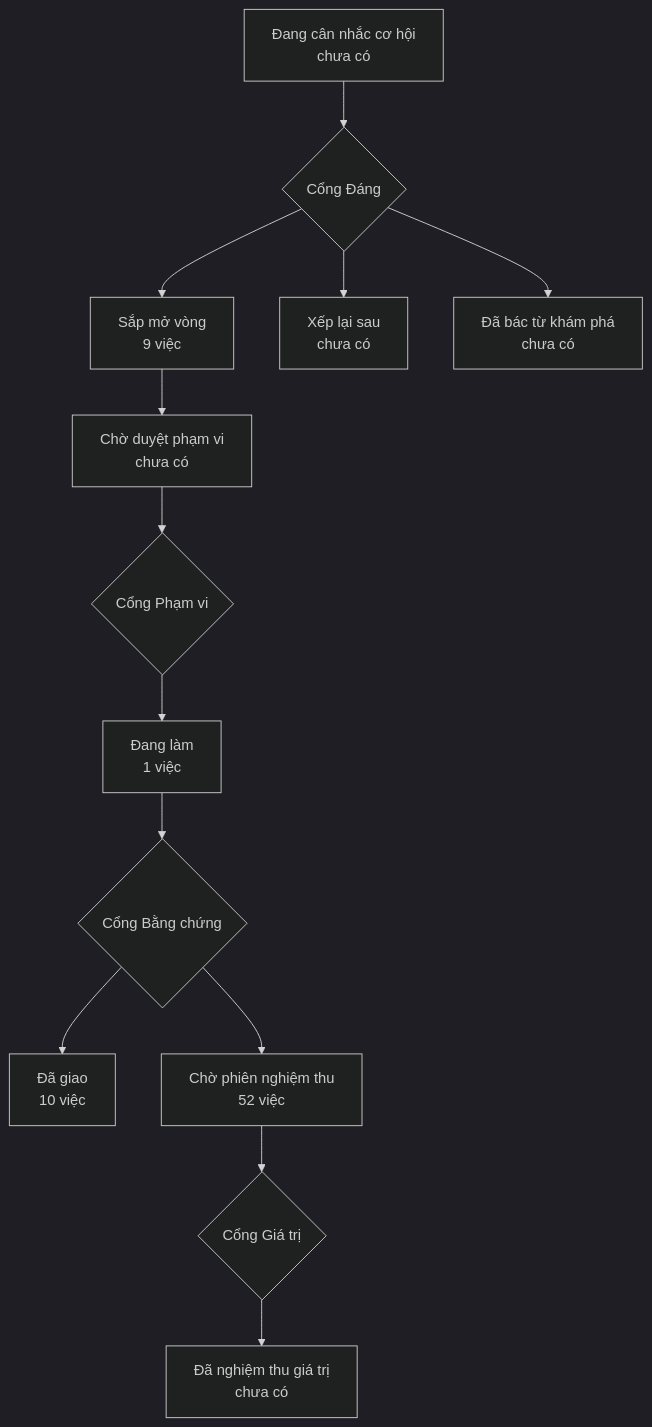
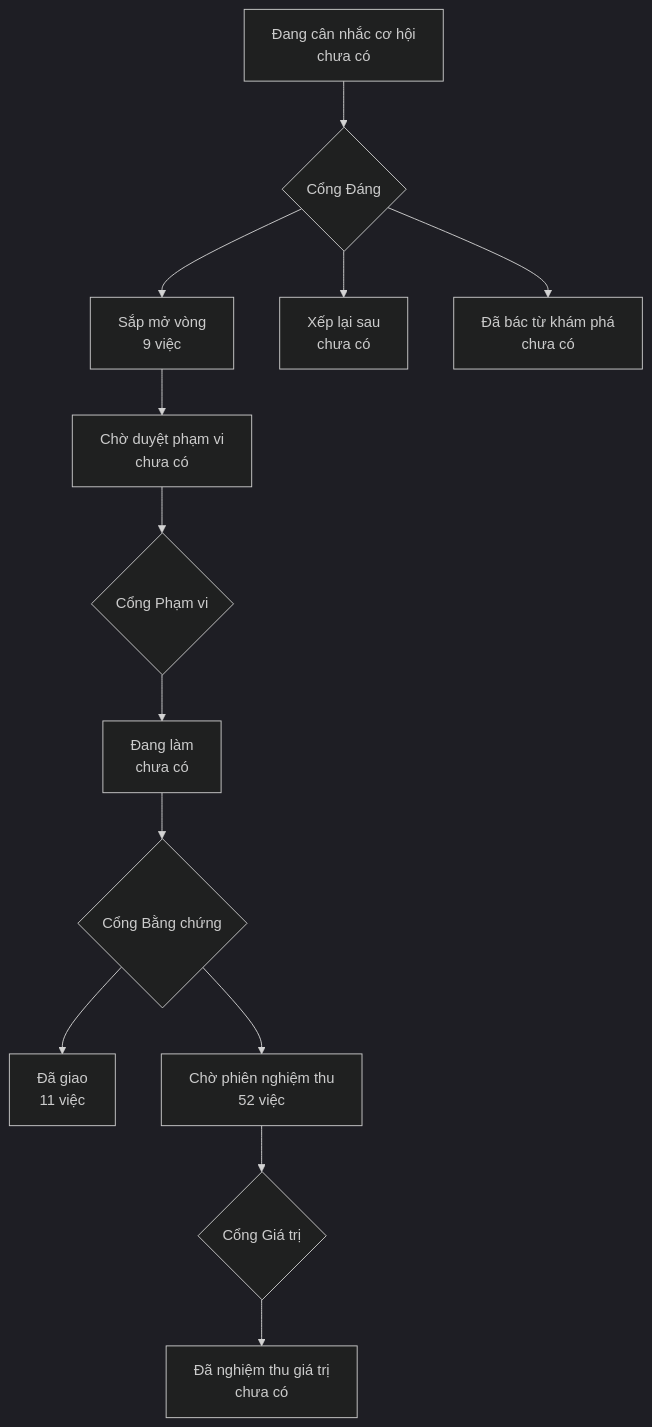
One commit to phanlemanh/onehub-inventory changed the diagram in PRODUCT-MAP.md. Above: the diagram before and after it, drawn with Mermaid (dark theme). The commit also changed other lines of this file and 4 other files, not shown here.

````diff
--- a/PRODUCT-MAP.md
+++ b/PRODUCT-MAP.md
@@ -7,12 +7,12 @@
 ```mermaid
 flowchart TD
   A["Đang cân nhắc cơ hội<br/>chưa có"] --> GD{"Cổng Đáng"}
   GD --> B["Sắp mở vòng<br/>9 việc"]
   GD --> XL["Xếp lại sau<br/>chưa có"]
   GD --> DB["Đã bác từ khám phá<br/>chưa có"]
   B --> CD["Chờ duyệt phạm vi<br/>chưa có"] --> GP{"Cổng Phạm vi"}
-  GP --> DL["Đang làm<br/>1 việc"] --> GB{"Cổng Bằng chứng"}
-  GB --> DG["Đã giao<br/>10 việc"]
+  GP --> DL["Đang làm<br/>chưa có"] --> GB{"Cổng Bằng chứng"}
+  GB --> DG["Đã giao<br/>11 việc"]
   GB --> CN["Chờ phiên nghiệm thu<br/>52 việc"] --> GG{"Cổng Giá trị"}
   GG --> NT["Đã nghiệm thu giá trị<br/>chưa có"]
 ```
````
